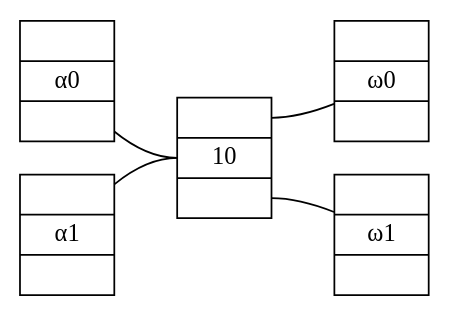
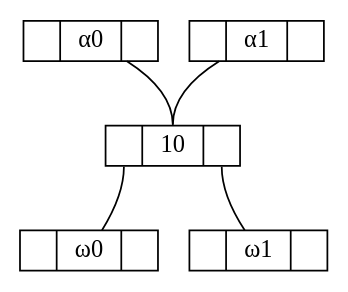
One commit to grootstebozewolf/networks changed the diagram in 2 binairy tree general.gv. Above: the diagram before and after it, drawn with Graphviz. The commit also changed 6 other files, not shown here.

```diff
--- a/2 binairy tree general.gv
+++ b/2 binairy tree general.gv
@@ -1,13 +1,12 @@
-graph "strict" {
-	graph [rankdir=LR]
+graph "2 binairy tree general" {
 	node [height=.1 shape=record]
+	10:f0 -- "ω0"
+	"ω0" [label="<f0> |<f1> ω0|<f2>"]
+	10:f2 -- "ω1"
+	"ω1" [label="<f0> |<f1> ω1|<f2>"]
+	"α0" -- 10:f1
 	"α0" [label="<f0> |<f1> α0|<f2>"]
-	"ω0" [label="<f0> |<f1> ω0|<f2>"]
+	"α1" -- 10:f1
 	"α1" [label="<f0> |<f1> α1|<f2>"]
-	"ω1" [label="<f0> |<f1> ω1|<f2>"]
 	10 [label="<f0> |<f1> 10|<f2>"]
-	"α0" -- 10:f1
-	"α1" -- 10:f1
-	10:f0 -- "ω0"
-	10:f2 -- "ω1"
 }
```
